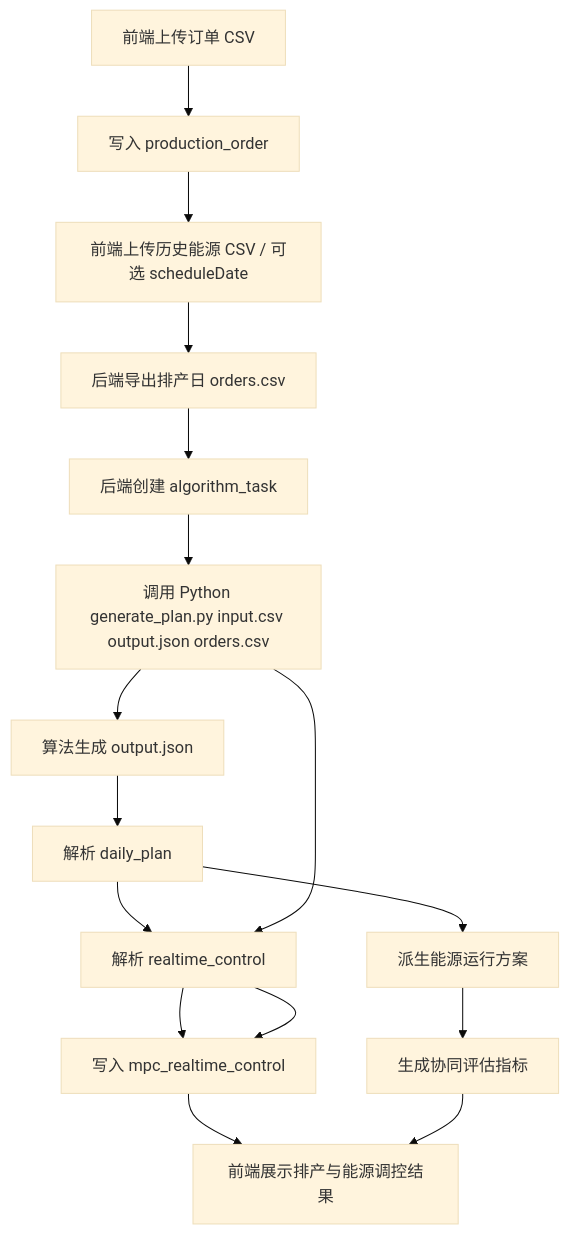
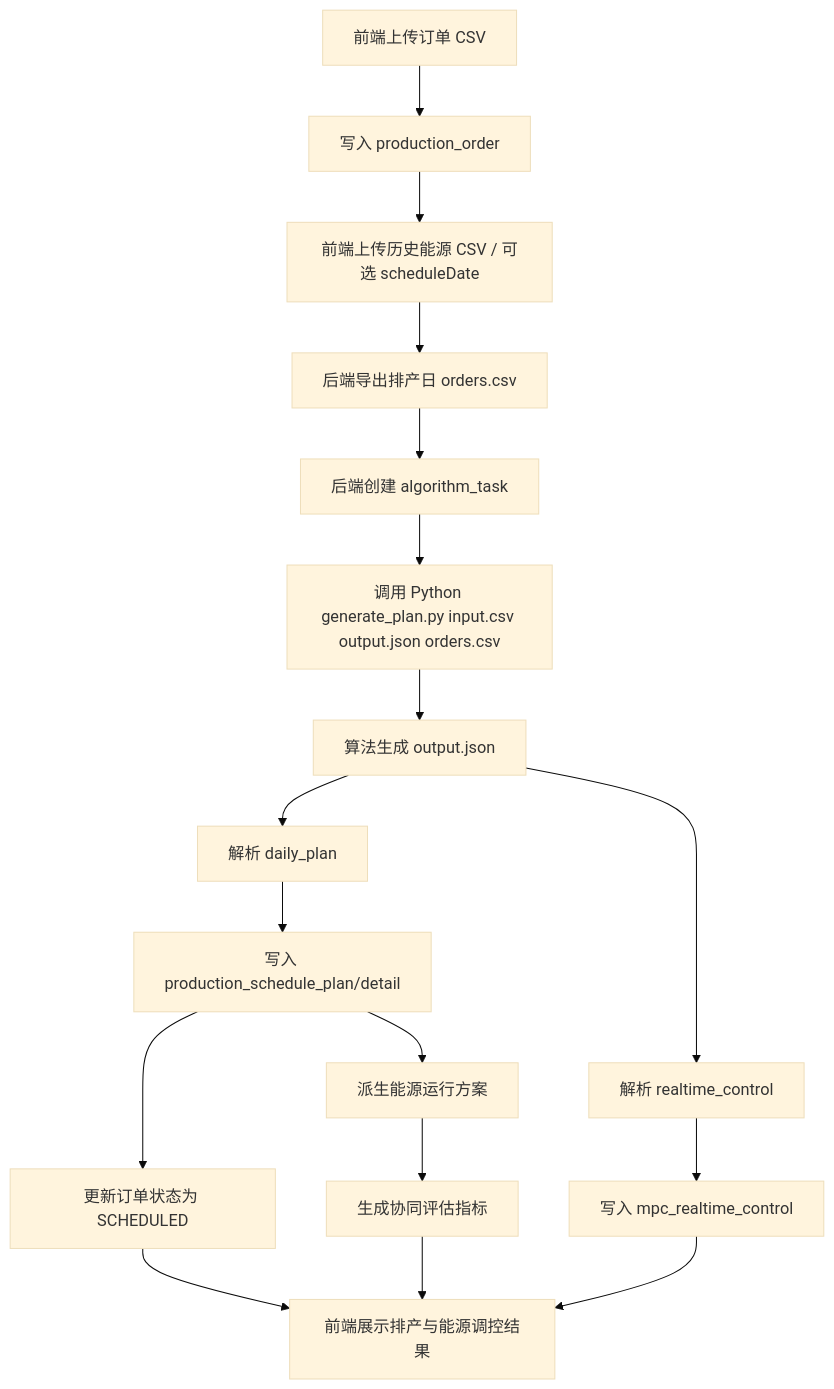
One commit to jqswhzydxs/AI-challenge changed the first of 2 diagrams in docs/当前有效文档/软件设计报告.md. Above: the diagram before and after it, drawn with Mermaid (base theme). The commit also changed other lines of this file and 8 other files, not shown here.

````diff
--- a/docs/当前有效文档/软件设计报告.md
+++ b/docs/当前有效文档/软件设计报告.md
@@ -40,18 +40,19 @@
 ```mermaid
 flowchart TD
     A["前端上传订单 CSV"] --> B["写入 production_order"]
     B --> C["前端上传历史能源 CSV / 可选 scheduleDate"]
     C --> D["后端导出排产日 orders.csv"]
     D --> E["后端创建 algorithm_task"]
     E --> F["调用 Python generate_plan.py input.csv output.json orders.csv"]
     F --> G["算法生成 output.json"]
-    G --> H["解析 daily_plan"]
-    H --> I["写入 production_schedule_plan/detail"]
-    I --> J["更新订单状态为 SCHEDULED"]
-    F --> I["解析 realtime_control"]
-    I --> J["写入 mpc_realtime_control"]
+    G --> I1["解析 daily_plan"]
+    I1 --> H["写入 production_schedule_plan/detail"]
+    H --> J["更新订单状态为 SCHEDULED"]
+    G --> I2["解析 realtime_control"]
+    I2 --> J2["写入 mpc_realtime_control"]
     H --> K["派生能源运行方案"]
     K --> L["生成协同评估指标"]
     J --> M["前端展示排产与能源调控结果"]
+    J2 --> M
     L --> M
 ```
````
